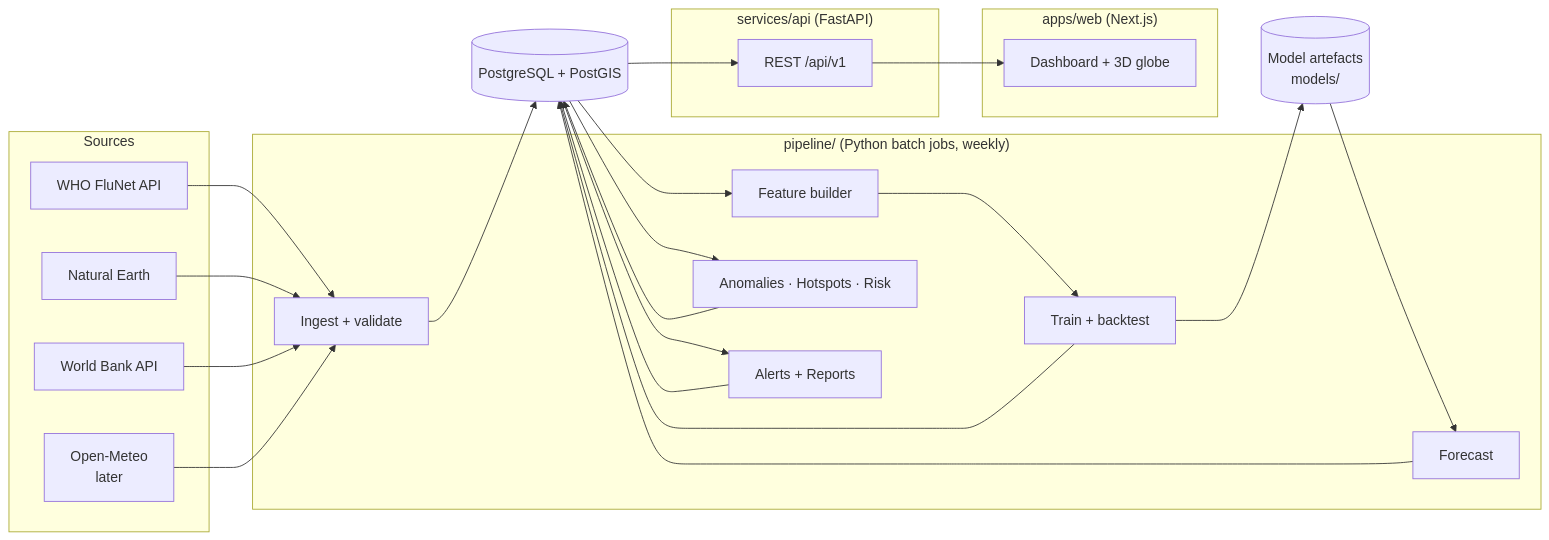
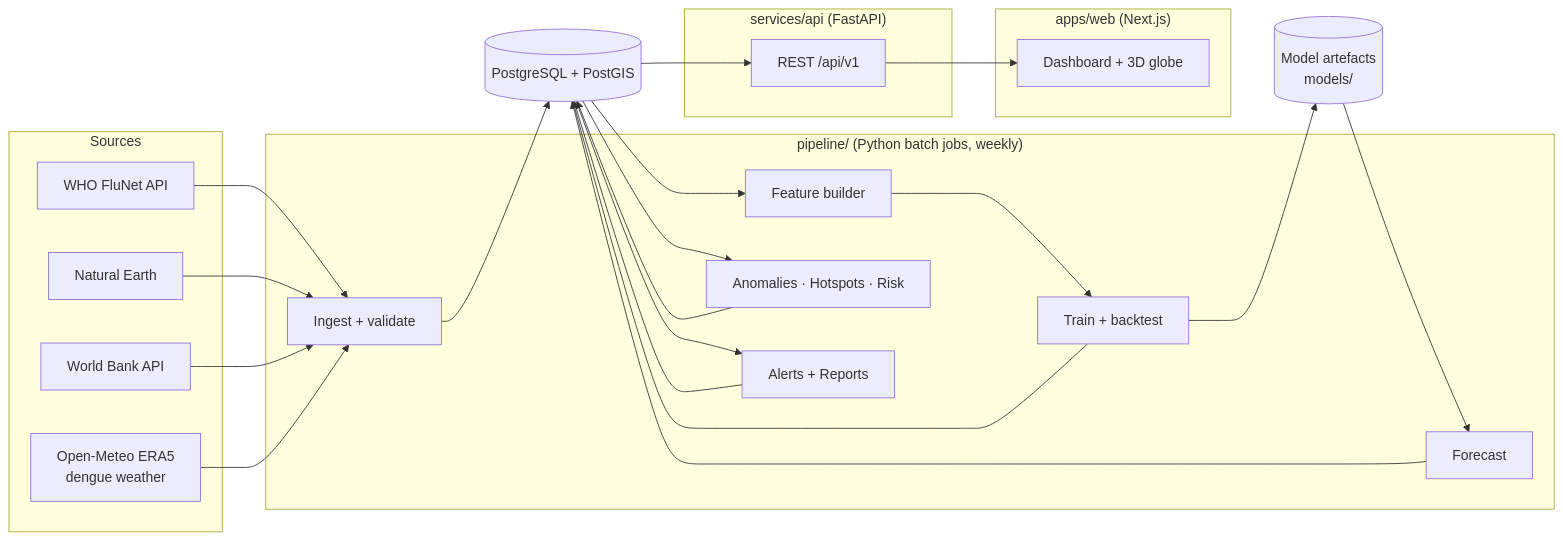
Before and after one commit to kart5137/M.I.N.E.R.V.A: the first of 3 diagrams in docs/DESIGN.md, drawn with Mermaid. The commit also changed other lines of this file and 17 other files, not shown here.

````diff
--- a/docs/DESIGN.md
+++ b/docs/DESIGN.md
@@ -27,37 +27,37 @@
 ```mermaid
 flowchart LR
     subgraph Sources
         FN[WHO FluNet API]
         NE[Natural Earth]
         WB[World Bank API]
-        OM[Open-Meteo<br/>later]
+        OM[Open-Meteo ERA5<br/>dengue weather]
     end
 
     subgraph Pipeline["pipeline/ (Python batch jobs, weekly)"]
         ING[Ingest + validate]
         FEAT[Feature builder]
         TRAIN[Train + backtest]
         PRED[Forecast]
         DET[Anomalies · Hotspots · Risk]
         REP[Alerts + Reports]
     end
 
     DB[(PostgreSQL + PostGIS)]
     ART[(Model artefacts<br/>models/)]
 
     subgraph API["services/api (FastAPI)"]
         R[REST /api/v1]
     end
 
     subgraph Web["apps/web (Next.js)"]
         UI[Dashboard + 3D globe]
     end
 
     FN & NE & WB & OM --> ING --> DB
     DB --> FEAT --> TRAIN --> ART
     TRAIN --> DB
     ART --> PRED --> DB
     DB --> DET --> DB
     DB --> REP --> DB
     DB --> R --> UI
 ```
````
